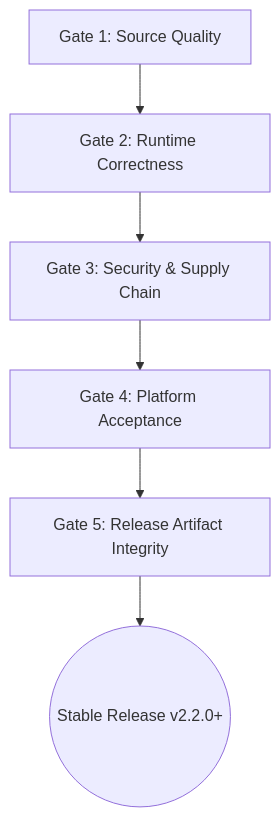
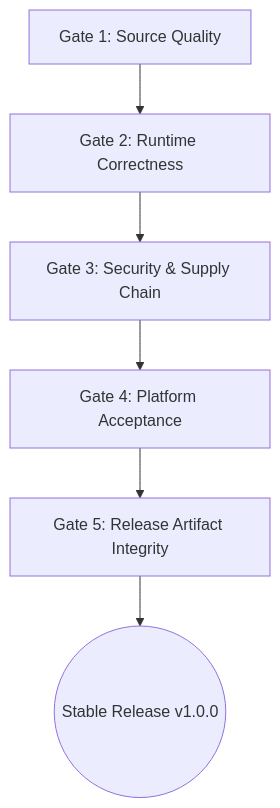
The diagram in docs/production-hardening/04-release-gates.md (lulushuz/Vane), drawn with Mermaid before and after one commit. The commit also changed 9 other files, not shown here.

````diff
--- a/docs/production-hardening/04-release-gates.md
+++ b/docs/production-hardening/04-release-gates.md
@@ -11,8 +11,8 @@
 ```mermaid
 graph TD
     G1[Gate 1: Source Quality] --> G2[Gate 2: Runtime Correctness]
     G2 --> G3[Gate 3: Security & Supply Chain]
     G3 --> G4[Gate 4: Platform Acceptance]
     G4 --> G5[Gate 5: Release Artifact Integrity]
-    G5 --> RELEASE((Stable Release v2.2.0+))
+    G5 --> RELEASE((Stable Release v1.0.0))
 ```
````
